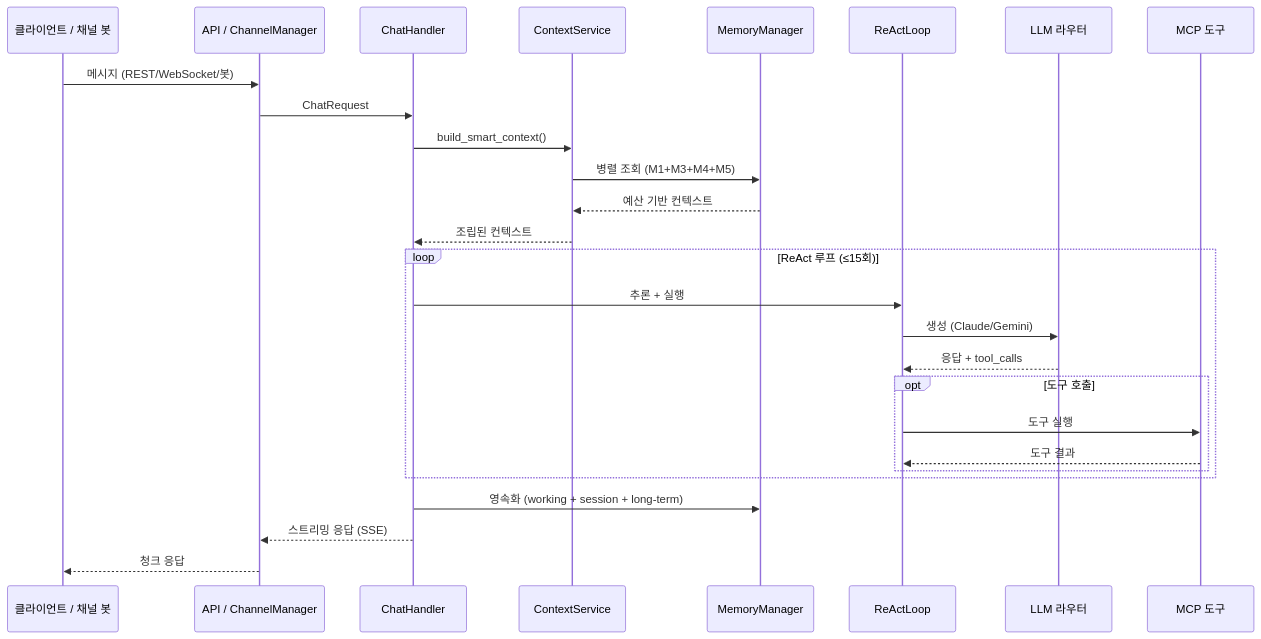
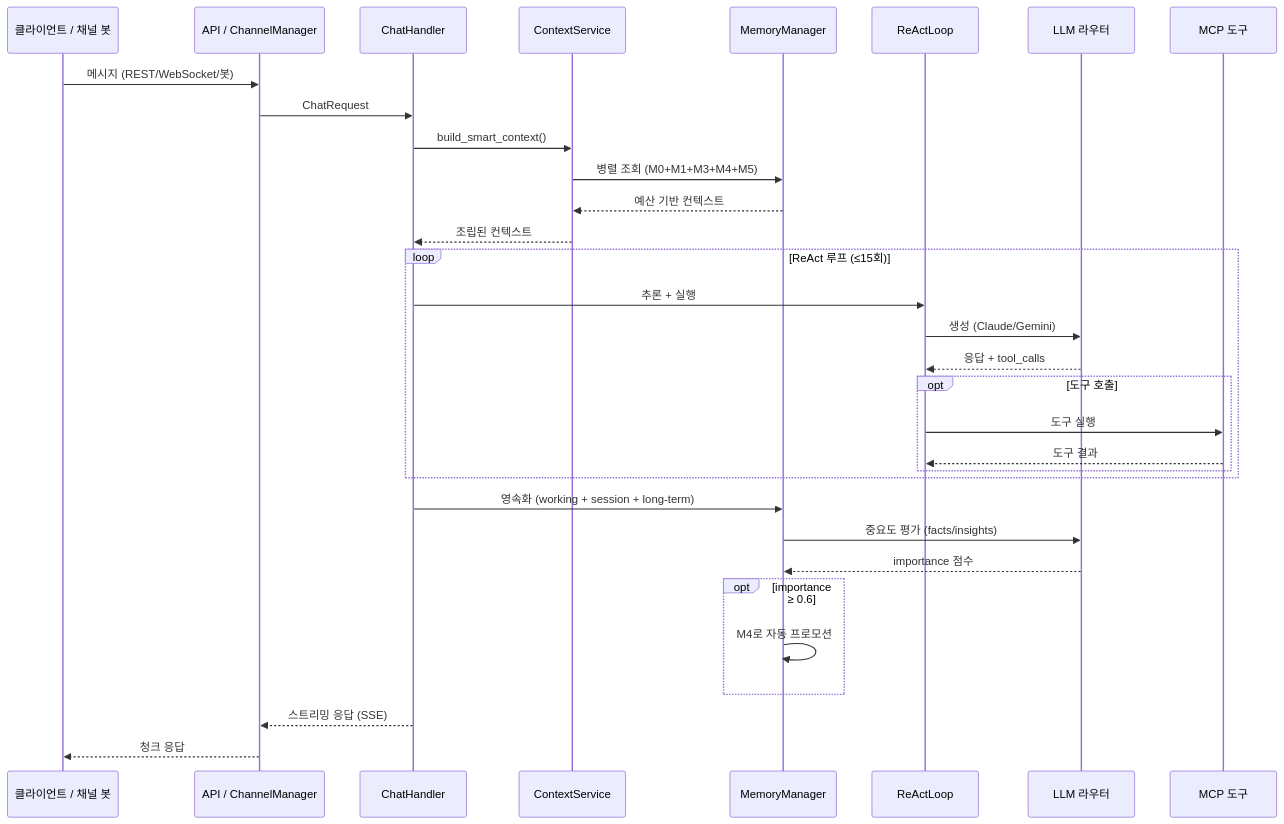
The fifth of 6 diagrams in README.md (NorthProt-Inc/axel-backend), drawn with Mermaid before and after one commit. The commit also changed other lines of this file, not shown here.

````diff
--- a/README.md
+++ b/README.md
@@ -783,32 +832,37 @@
 ```mermaid
 sequenceDiagram
     participant C as 클라이언트 / 채널 봇
     participant A as API / ChannelManager
     participant CH as ChatHandler
     participant CS as ContextService
     participant MM as MemoryManager
     participant RL as ReActLoop
     participant LLM as LLM 라우터
     participant MCP as MCP 도구
 
     C->>A: 메시지 (REST/WebSocket/봇)
     A->>CH: ChatRequest
     CH->>CS: build_smart_context()
-    CS->>MM: 병렬 조회 (M1+M3+M4+M5)
+    CS->>MM: 병렬 조회 (M0+M1+M3+M4+M5)
     MM-->>CS: 예산 기반 컨텍스트
     CS-->>CH: 조립된 컨텍스트
 
     loop ReAct 루프 (≤15회)
         CH->>RL: 추론 + 실행
         RL->>LLM: 생성 (Claude/Gemini)
         LLM-->>RL: 응답 + tool_calls
         opt 도구 호출
             RL->>MCP: 도구 실행
             MCP-->>RL: 도구 결과
         end
     end
 
     CH->>MM: 영속화 (working + session + long-term)
+    MM->>LLM: 중요도 평가 (facts/insights)
+    LLM-->>MM: importance 점수
+    opt importance ≥ 0.6
+        MM->>MM: M4로 자동 프로모션
+    end
     CH-->>A: 스트리밍 응답 (SSE)
     A-->>C: 청크 응답
 ```
````
